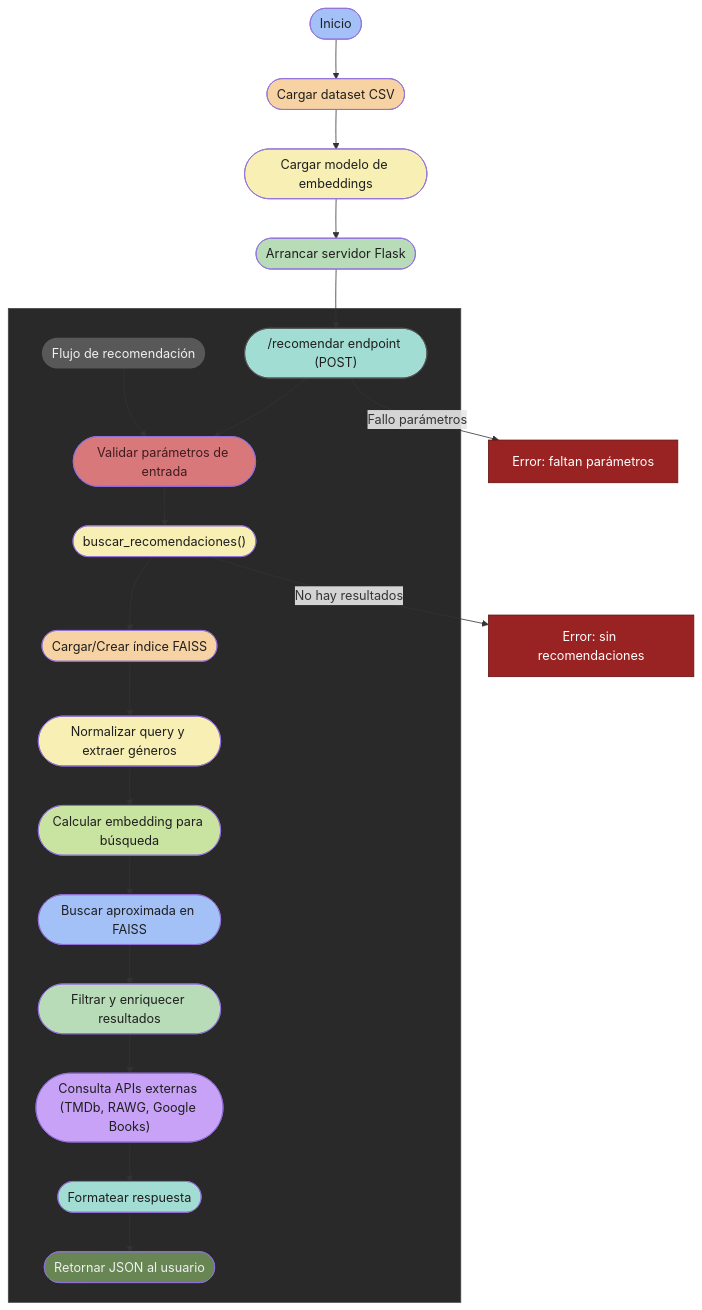
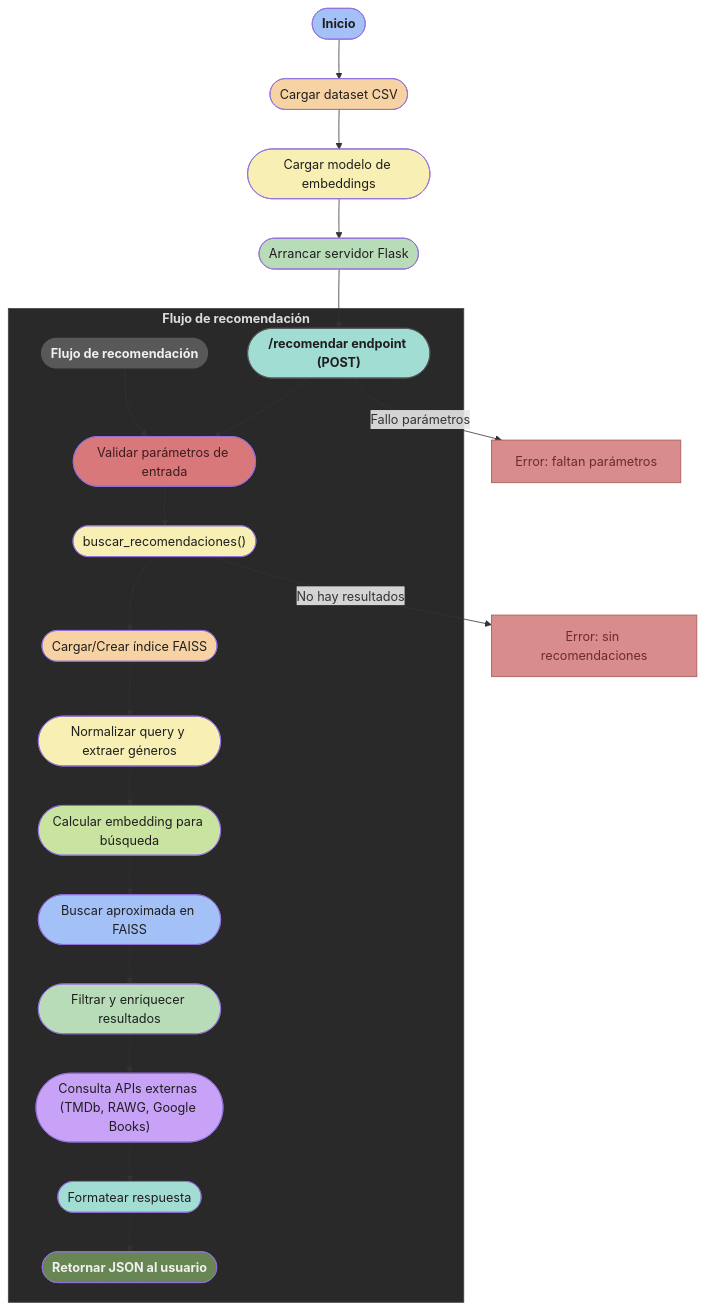
Before and after one commit to GerardoBlazquez/Sistema-de-Recomendaciones-Cruzadas: the diagram in README.md, drawn with Mermaid.

````diff
--- a/README.md
+++ b/README.md
@@ -150,61 +150,62 @@
 ```mermaid
 flowchart TD
-    INICIO([Inicio])
+    INICIO(["`**Inicio**`"])
     LOAD_DATASET(["Cargar dataset CSV"])
     LOAD_MODEL(["Cargar modelo de embeddings"])
     START_FLASK(["Arrancar servidor Flask"])
-    RECOMENDAR_ENDPOINT(["/recomendar endpoint (POST)"])
+    RECOMENDAR_ENDPOINT(["`**/recomendar endpoint (POST)**`"])
 
     INICIO --> LOAD_DATASET
     LOAD_DATASET --> LOAD_MODEL
     LOAD_MODEL --> START_FLASK
     START_FLASK --> RECOMENDAR_ENDPOINT
 
 
-  subgraph Flujo_de_recomendacion[" "]
+  subgraph Flujo_de_recomendacion["`**Flujo de recomendación**`"]
     %% Nodo título
-    TITULO(["Flujo de recomendación"]):::titulo
+    TITULO(["`**Flujo de recomendación**`"]):::titulo
 
     %% Conexión fantasma para fijar TITULO arriba
     TITULO --> VALIDA_PARAMS
 
     %% Flujo real
     RECOMENDAR_ENDPOINT --> VALIDA_PARAMS(["Validar parámetros de entrada"])
     VALIDA_PARAMS --> BUSCA_RECOMENDACIONES(["buscar_recomendaciones()"])
     BUSCA_RECOMENDACIONES --> DATOS_INDEX(["Cargar/Crear índice FAISS"])
     DATOS_INDEX --> NORMALIZA_QUERY(["Normalizar query y extraer géneros"])
     NORMALIZA_QUERY --> CALC_EMBEDDING(["Calcular embedding para búsqueda"])
     CALC_EMBEDDING --> FAISS_SEARCH(["Buscar aproximada en FAISS"])
     FAISS_SEARCH --> FILTRA_RESULTADOS(["Filtrar y enriquecer resultados"])
     FILTRA_RESULTADOS --> EXTERNAL_API(["Consulta APIs externas (TMDb, RAWG, Google Books)"])
     EXTERNAL_API --> FORMATEA_RESPONSE(["Formatear respuesta"])
-    FORMATEA_RESPONSE --> RETURN_JSON(["Retornar JSON al usuario"])
+    FORMATEA_RESPONSE --> RETURN_JSON(["`**Retornar JSON al usuario**`"])
 end
 
 classDef titulo fill:#585858,color:#f0f0f0,stroke:none;
-classDef error fill:#992222,color:#ffffff,stroke:#661111;
+classDef error fill:#d98c8c,color:#6b2c2c,stroke:#a25757;
 
 RECOMENDAR_ENDPOINT -->|Fallo parámetros| ERROR_PARAMS["Error: faltan parámetros"]:::error
 BUSCA_RECOMENDACIONES -->|No hay resultados| ERROR_NO_RESULTS["Error: sin recomendaciones"]:::error
 
 %% Estilos con colores pastel suavizados
 style INICIO fill:#a3c1f7,color:#1f1f1f
 style LOAD_DATASET fill:#f7d3a3,color:#1f1f1f
 style LOAD_MODEL fill:#f7efb3,color:#1f1f1f
 style START_FLASK fill:#b8dbb8,color:#1f1f1f
 style RECOMENDAR_ENDPOINT fill:#a2ddd4,stroke:#555555,color:#1f1f1f
 
 style VALIDA_PARAMS fill:#d9787a,color:#3f1c1e
 style BUSCA_RECOMENDACIONES fill:#f7efb3,color:#1f1f1f
 style DATOS_INDEX fill:#f7d3a3,color:#1f1f1f
 style NORMALIZA_QUERY fill:#f7efb3,color:#1f1f1f
 style CALC_EMBEDDING fill:#c9e4a1,color:#1f1f1f
 style FAISS_SEARCH fill:#a3c1f7,color:#1f1f1f
 style FILTRA_RESULTADOS fill:#b8dbb8,color:#1f1f1f
 style EXTERNAL_API fill:#c7a2f7,color:#1f1f1f
 style FORMATEA_RESPONSE fill:#a2ddd4,color:#1f1f1f
 style RETURN_JSON fill:#688654,color:#f0f0f0
 
 %% Color del subgrafo
 style Flujo_de_recomendacion fill:#292929,stroke:#444444,color:#dcdcdc
+
 ```
````
